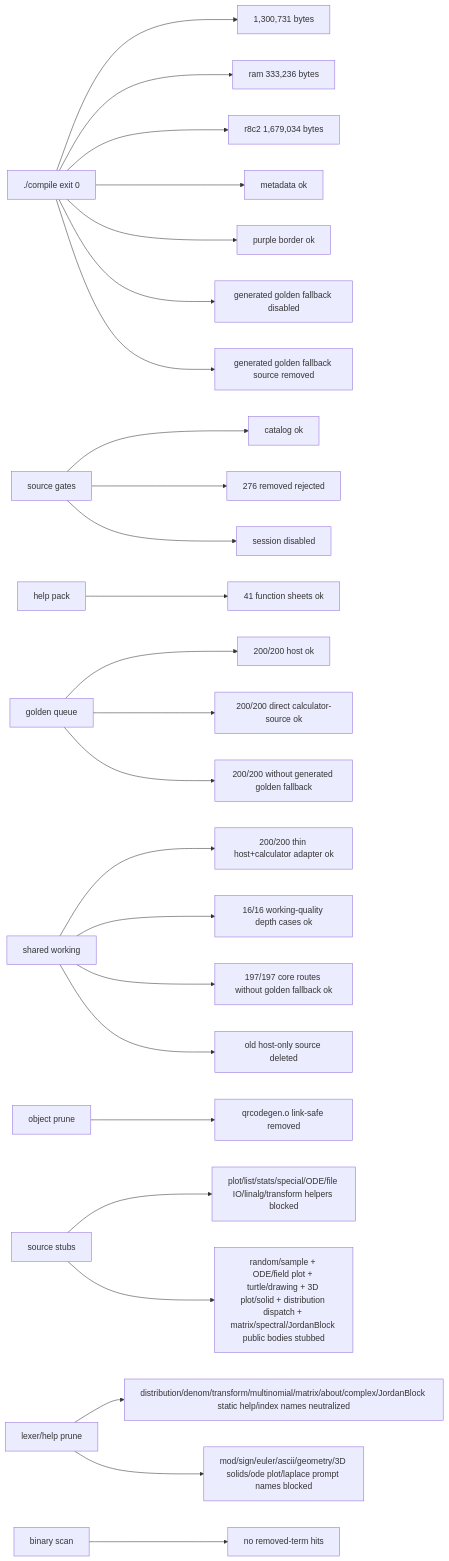
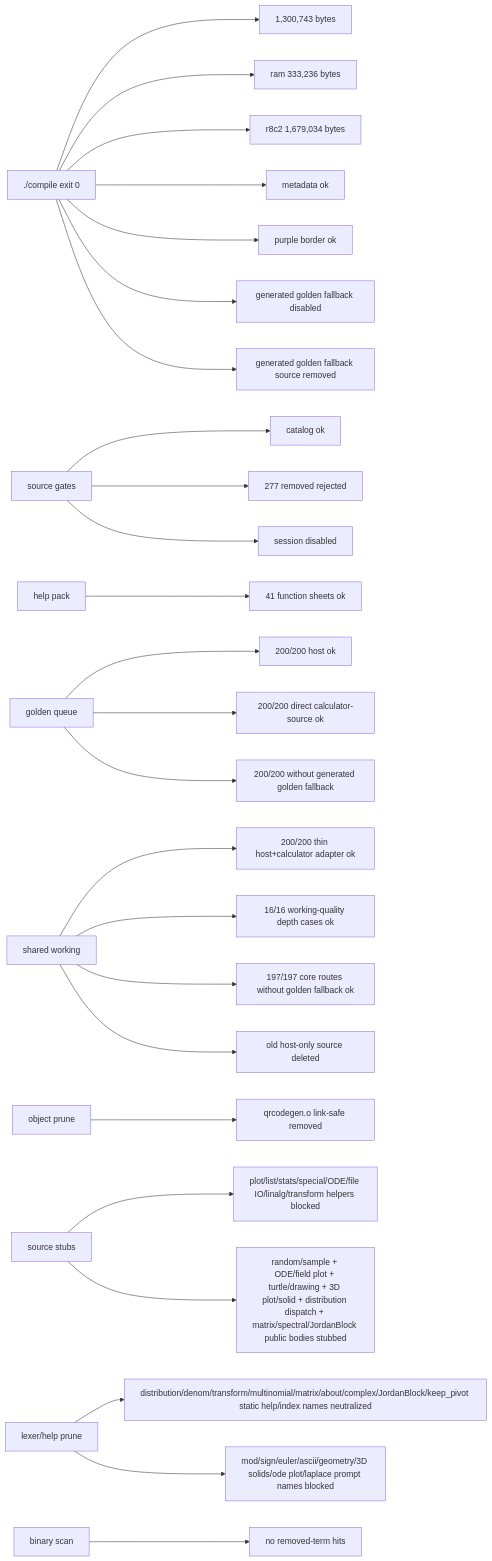
One commit to james8464/notes-addin-casio-fx-cg50 changed the seventh of 7 diagrams in docs/GRAPH.md. Above: the diagram before and after it, drawn with Mermaid. The commit also changed other lines of this file and 17 other files, not shown here.

Commit message:
prune: hide keep_pivot option

````diff
--- a/docs/GRAPH.md
+++ b/docs/GRAPH.md
@@ -170,27 +170,27 @@
 ```mermaid
 graph LR
-  Build["./compile exit 0"] --> Size["1,300,731 bytes"]
+  Build["./compile exit 0"] --> Size["1,300,743 bytes"]
   Build --> Ram["ram 333,236 bytes"]
   Build --> R8C2["r8c2 1,679,034 bytes"]
   Build --> Meta["metadata ok"]
   Build --> Border["purple border ok"]
   Build --> NoRuntimeFallback["generated golden fallback disabled"]
   Build --> NoRuntimeSource["generated golden fallback source removed"]
   Source["source gates"] --> Catalog["catalog ok"]
-  Source --> Removed["276 removed rejected"]
+  Source --> Removed["277 removed rejected"]
   Source --> Session["session disabled"]
   Help["help pack"] --> HelpQ["41 function sheets ok"]
   Queue["golden queue"] --> QueueRun["200/200 host ok"]
   Queue --> GoldenRun["200/200 direct calculator-source ok"]
   Queue --> NoGolden["200/200 without generated golden fallback"]
   Shared["shared working"] --> SharedRun["200/200 thin host+calculator adapter ok"]
   Shared --> WorkQ["16/16 working-quality depth cases ok"]
   Shared --> CoreRun["197/197 core routes without golden fallback ok"]
   Shared --> NoHostSrc["old host-only source deleted"]
   Obj["object prune"] --> QR["qrcodegen.o link-safe removed"]
   Macro["source stubs"] --> Stubbed["plot/list/stats/special/ODE/file IO/linalg/transform helpers blocked"]
   Macro --> RuntimeStubbed["random/sample + ODE/field plot + turtle/drawing + 3D plot/solid + distribution dispatch + matrix/spectral/JordanBlock public bodies stubbed"]
-  Static["lexer/help prune"] --> StaticRun["distribution/denom/transform/multinomial/matrix/about/complex/JordanBlock static help/index names neutralized"]
+  Static["lexer/help prune"] --> StaticRun["distribution/denom/transform/multinomial/matrix/about/complex/JordanBlock/keep_pivot static help/index names neutralized"]
   Static --> PromptRun["mod/sign/euler/ascii/geometry/3D solids/ode plot/laplace prompt names blocked"]
   Bin["binary scan"] --> NoLeak["no removed-term hits"]
 ```
````
